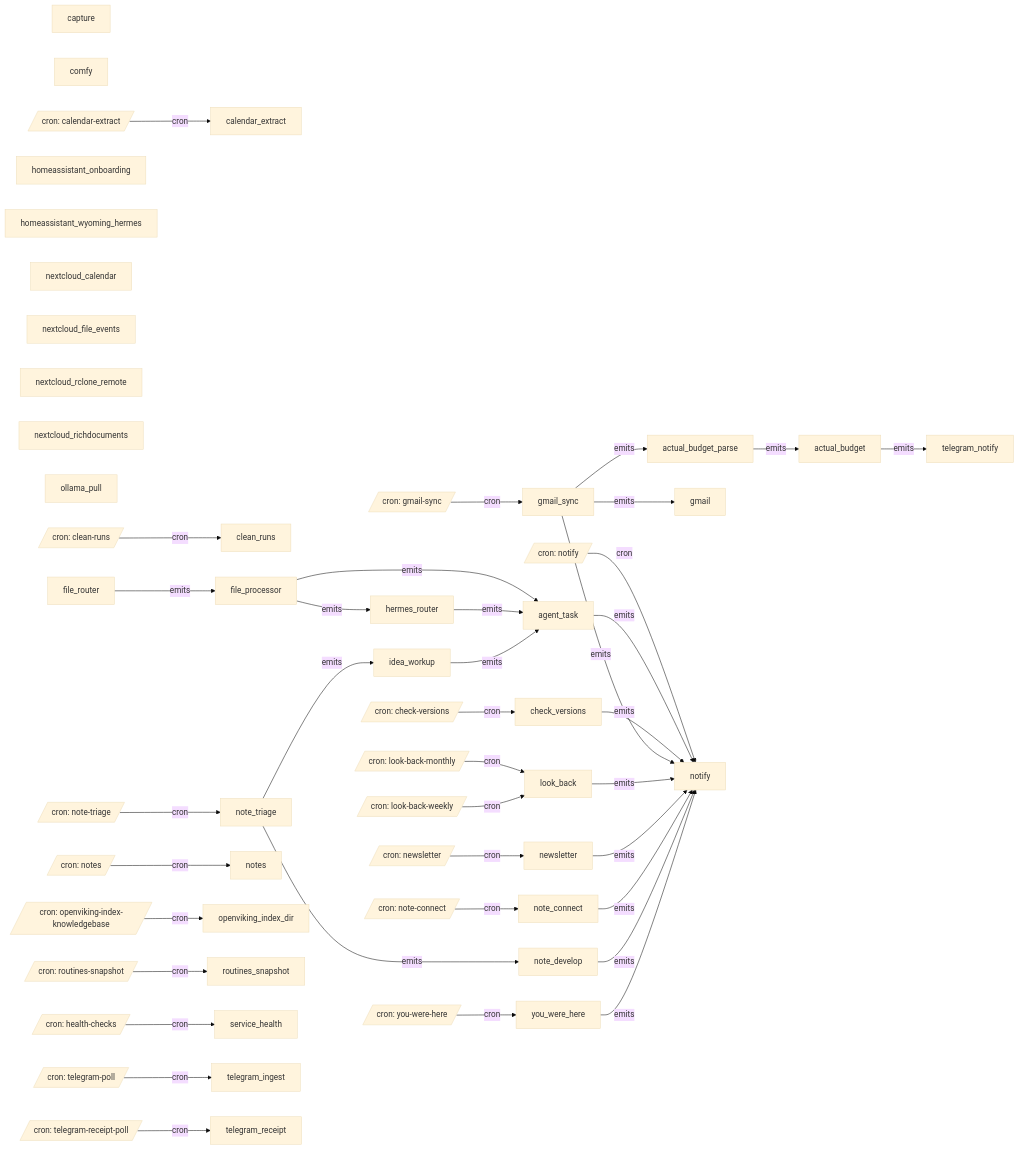
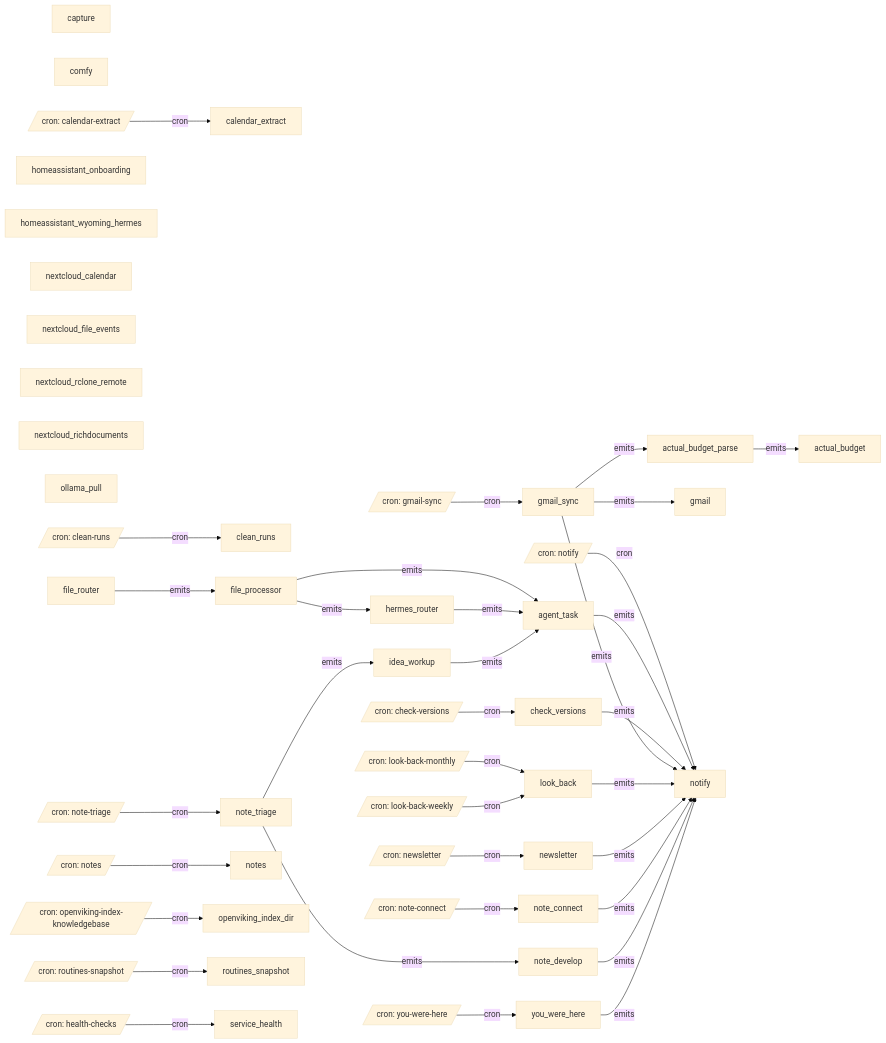
One commit to jtmckay/existential changed the diagram in automation/graph/system.md. Above: the diagram before and after it, drawn with Mermaid (base theme). The commit also changed other lines of this file and 32 other files, not shown here.

```diff
--- a/automation/graph/system.md
+++ b/automation/graph/system.md
@@ -71,9 +68,6 @@
     openviking_index_dir["openviking_index_dir"]
     routines_snapshot["routines_snapshot"]
     service_health["service_health"]
-    telegram_ingest["telegram_ingest"]
-    telegram_notify["telegram_notify"]
-    telegram_receipt["telegram_receipt"]
     you_were_here["you_were_here"]
     cron__calendar_extract[/"cron: calendar-extract"/]
     cron__check_versions[/"cron: check-versions"/]
@@ -89,8 +83,6 @@
     cron__notify[/"cron: notify"/]
     cron__openviking_index_knowledgebase[/"cron: openviking-index-knowledgebase"/]
     cron__routines_snapshot[/"cron: routines-snapshot"/]
-    cron__telegram_poll[/"cron: telegram-poll"/]
-    cron__telegram_receipt_poll[/"cron: telegram-receipt-poll"/]
     cron__you_were_here[/"cron: you-were-here"/]
     cron__calendar_extract -->|cron| calendar_extract
     cron__check_versions -->|cron| check_versions
@@ -106,10 +98,7 @@
     cron__notify -->|cron| notify
     cron__openviking_index_knowledgebase -->|cron| openviking_index_dir
     cron__routines_snapshot -->|cron| routines_snapshot
-    cron__telegram_poll -->|cron| telegram_ingest
-    cron__telegram_receipt_poll -->|cron| telegram_receipt
     cron__you_were_here -->|cron| you_were_here
-    actual_budget -->|emits| telegram_notify
     actual_budget_parse -->|emits| actual_budget
     agent_task -->|emits| notify
     check_versions -->|emits| notify
```
